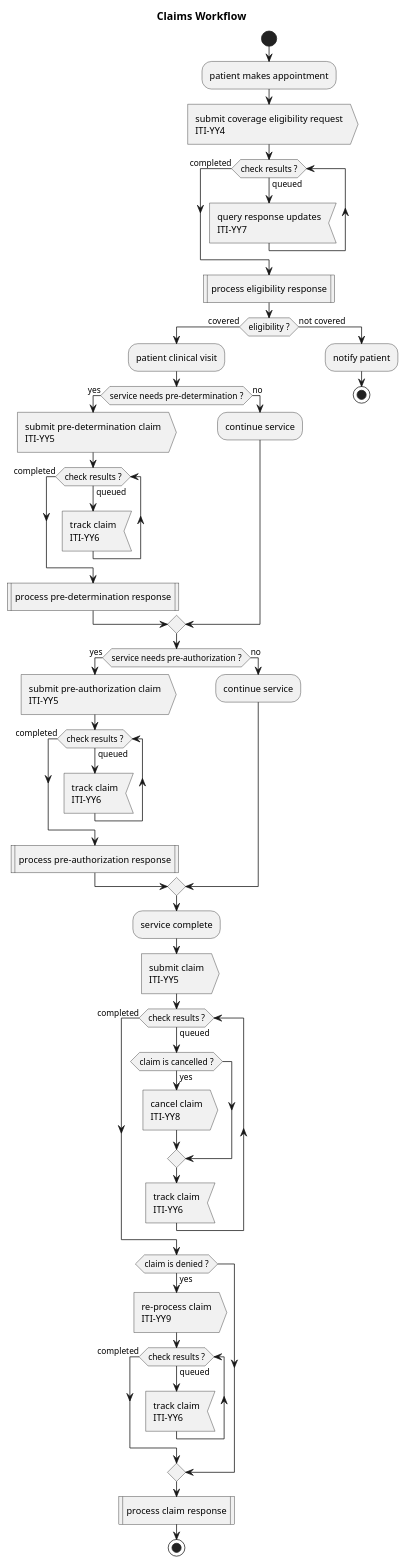
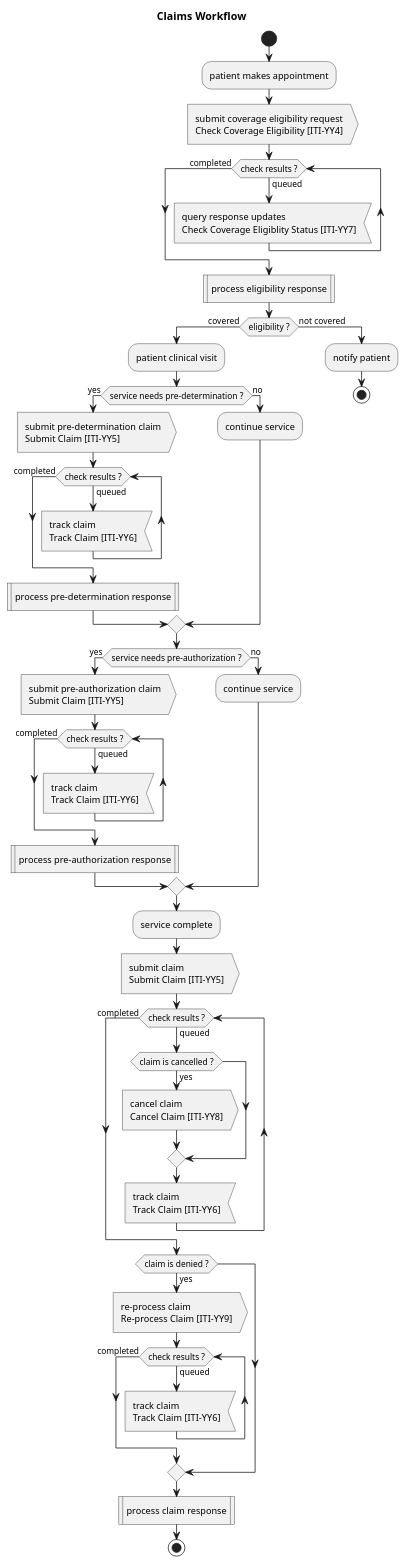
Before and after one commit to IHE/ITI.Finance: the diagram in input/images-source/overview-visit.plantuml, drawn with PlantUML. The commit also changed 1 other file, not shown here.

Commit message:
Added transaction names to overview diagram.  Fixes #11.

```diff
--- a/input/images-source/overview-visit.plantuml
+++ b/input/images-source/overview-visit.plantuml
@@ -1,53 +1,53 @@
 @startuml
 
 title Claims Workflow
 
 start
 :patient makes appointment;
-:submit coverage eligibility request\nITI-YY4>
+:submit coverage eligibility request\nCheck Coverage Eligibility &#91;ITI-YY4&#93;>
 while (check results ?) is (queued)
-  :query response updates\nITI-YY7<
+  :query response updates\nCheck Coverage Eligiblity Status &#91;ITI-YY7&#93;<
 endwhile (completed)
 :process eligibility response|
 if (eligibility ?) then (covered)
   :patient clinical visit;
 
   if (service needs pre-determination ?) then (yes)
-    :submit pre-determination claim\nITI-YY5>
+    :submit pre-determination claim\nSubmit Claim &#91;ITI-YY5&#93;>
     while (check results ?) is (queued)
-      :track claim\nITI-YY6<
+      :track claim\nTrack Claim &#91;ITI-YY6&#93;<
     endwhile (completed)
     :process pre-determination response|
   else (no)
     :continue service;
   endif 
   if (service needs pre-authorization ?) then (yes)
-  :submit pre-authorization claim\nITI-YY5>
+  :submit pre-authorization claim\nSubmit Claim &#91;ITI-YY5&#93;>
   while (check results ?) is (queued)
-    :track claim\nITI-YY6<
+    :track claim\nTrack Claim &#91;ITI-YY6&#93;<
   endwhile (completed)
   :process pre-authorization response|
   else (no)
     :continue service;
   endif
   :service complete;
-  :submit claim\nITI-YY5>
+  :submit claim\nSubmit Claim &#91;ITI-YY5&#93;>
   while (check results ?) is (queued)
     if (claim is cancelled ?) then (yes)
-      :cancel claim\nITI-YY8>
+      :cancel claim\nCancel Claim &#91;ITI-YY8&#93;>
     endif
-    :track claim\nITI-YY6<
+    :track claim\nTrack Claim &#91;ITI-YY6&#93;<
   endwhile (completed)
   if (claim is denied ?) then (yes)
-    :re-process claim\nITI-YY9>
+    :re-process claim\nRe-process Claim &#91;ITI-YY9&#93;>
     while (check results ?) is (queued)
-      :track claim\nITI-YY6<
+      :track claim\nTrack Claim &#91;ITI-YY6&#93;<
     endwhile (completed)
   endif
   :process claim response|
   stop
 else (not covered)
   :notify patient;
   stop
 
 @enduml
```
